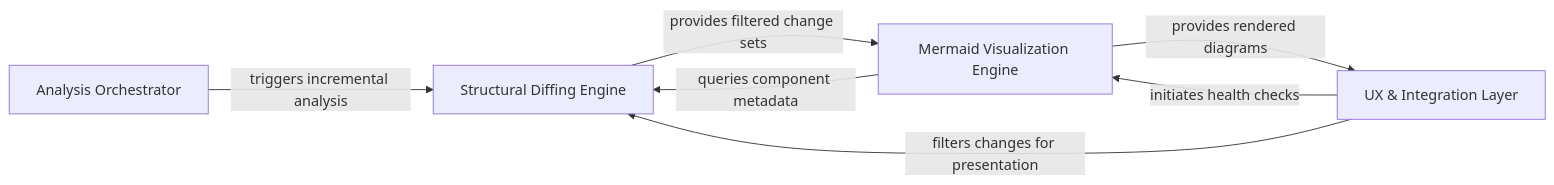
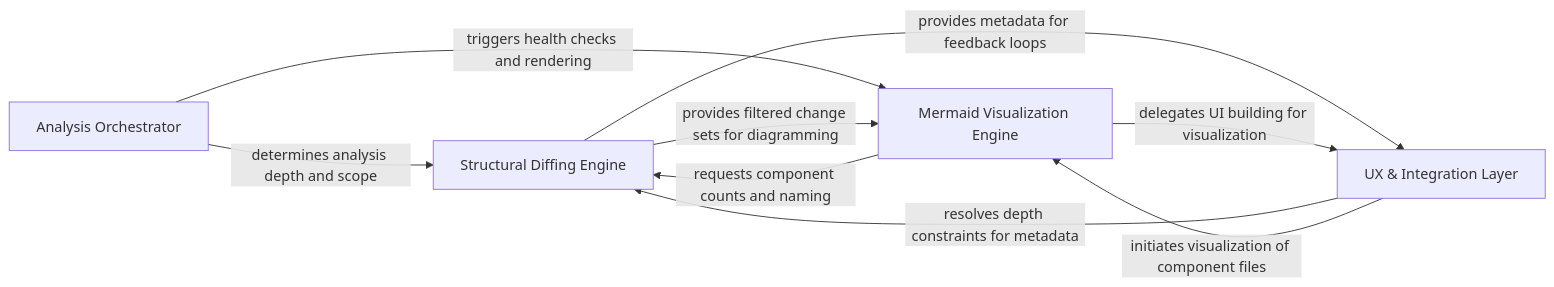
One commit to CodeBoarding/CodeBoarding-action changed the diagram in .codeboarding/overview.md. Above: the diagram before and after it, drawn with Mermaid. The commit also changed other lines of this file and 10 other files, not shown here.

Commit message:
chore(codeboarding): sync architecture baseline

````diff
--- a/.codeboarding/overview.md
+++ b/.codeboarding/overview.md
@@ -1,17 +1,19 @@
 ```mermaid
 graph LR
     Analysis_Orchestrator["Analysis Orchestrator"]
     Structural_Diffing_Engine["Structural Diffing Engine"]
     Mermaid_Visualization_Engine["Mermaid Visualization Engine"]
     UX_Integration_Layer["UX & Integration Layer"]
-    Analysis_Orchestrator -- "triggers incremental analysis" --> Structural_Diffing_Engine
-    Structural_Diffing_Engine -- "provides filtered change sets" --> Mermaid_Visualization_Engine
-    Mermaid_Visualization_Engine -- "queries component metadata" --> Structural_Diffing_Engine
-    Mermaid_Visualization_Engine -- "provides rendered diagrams" --> UX_Integration_Layer
-    UX_Integration_Layer -- "filters changes for presentation" --> Structural_Diffing_Engine
-    UX_Integration_Layer -- "initiates health checks" --> Mermaid_Visualization_Engine
+    Analysis_Orchestrator -- "determines analysis depth and scope" --> Structural_Diffing_Engine
+    Analysis_Orchestrator -- "triggers health checks and rendering" --> Mermaid_Visualization_Engine
+    Structural_Diffing_Engine -- "provides filtered change sets for diagramming" --> Mermaid_Visualization_Engine
+    Structural_Diffing_Engine -- "provides metadata for feedback loops" --> UX_Integration_Layer
+    Mermaid_Visualization_Engine -- "requests component counts and naming" --> Structural_Diffing_Engine
+    Mermaid_Visualization_Engine -- "delegates UI building for visualization" --> UX_Integration_Layer
+    UX_Integration_Layer -- "resolves depth constraints for metadata" --> Structural_Diffing_Engine
+    UX_Integration_Layer -- "initiates visualization of component files" --> Mermaid_Visualization_Engine
     click Analysis_Orchestrator href "https://github.com/CodeBoarding/CodeBoarding-action/blob/main/.codeboarding/Analysis_Orchestrator.md" "Details"
     click Structural_Diffing_Engine href "https://github.com/CodeBoarding/CodeBoarding-action/blob/main/.codeboarding/Structural_Diffing_Engine.md" "Details"
     click Mermaid_Visualization_Engine href "https://github.com/CodeBoarding/CodeBoarding-action/blob/main/.codeboarding/Mermaid_Visualization_Engine.md" "Details"
     click UX_Integration_Layer href "https://github.com/CodeBoarding/CodeBoarding-action/blob/main/.codeboarding/UX_Integration_Layer.md" "Details"
 ```
````
